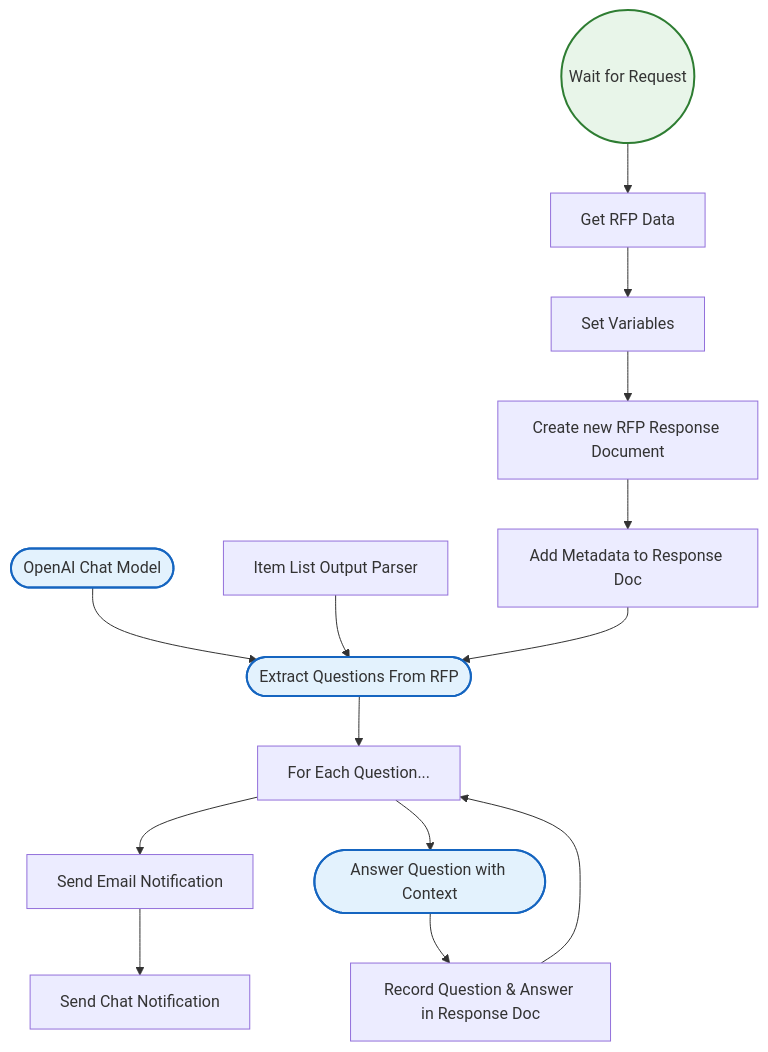
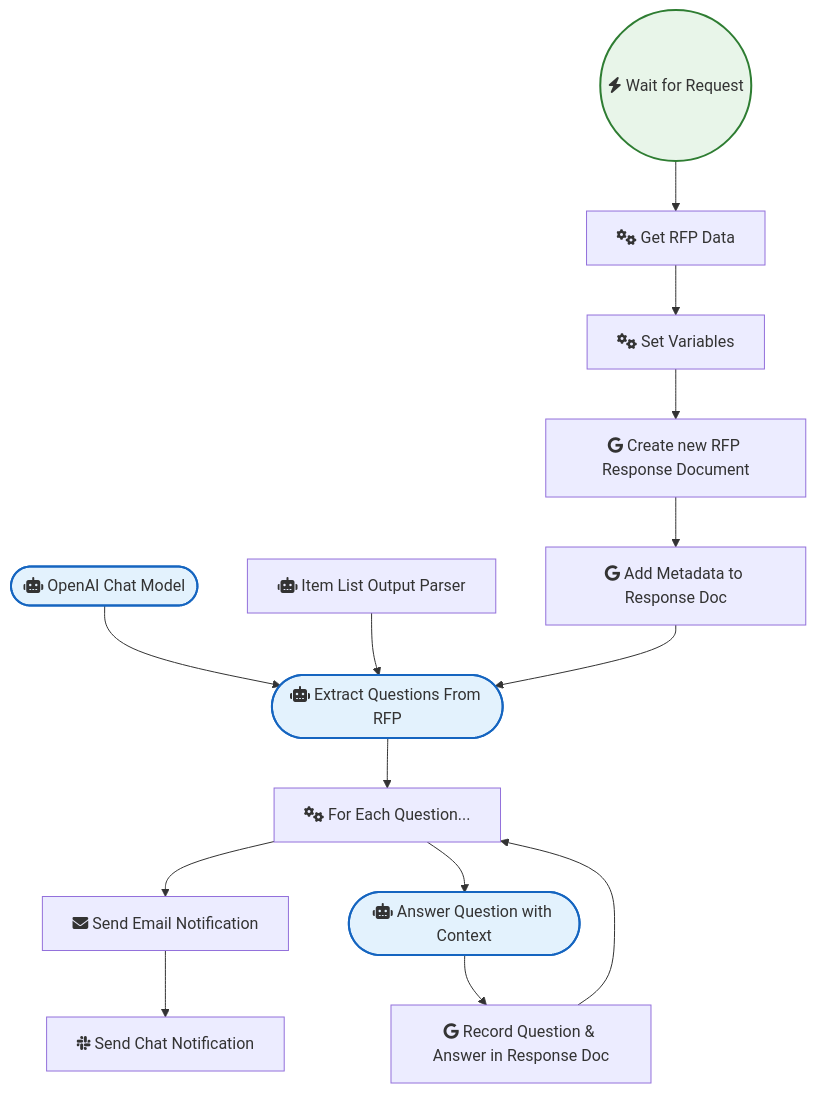
Before and after one commit to sreyash3105/N8N-DEMO-AUTOMATIONS: the diagram in OpenAI_and_LLMs/Automate Your RFP Process with OpenAI Assistants.md, drawn with Mermaid. The commit also changed 291 other files, not shown here.

````diff
--- a/OpenAI_and_LLMs/Automate Your RFP Process with OpenAI Assistants.md
+++ b/OpenAI_and_LLMs/Automate Your RFP Process with OpenAI Assistants.md
@@ -1,34 +1,34 @@
 ```mermaid
 graph TD
     classDef trigger fill:#e8f5e9,stroke:#2e7d32,stroke-width:2px;
     classDef ai fill:#e3f2fd,stroke:#1565c0,stroke-width:2px;
     classDef logic fill:#fff3e0,stroke:#ef6c00,stroke-width:2px;
 
-    Get_RFP_Data["Get RFP Data"]
-    Item_List_Output_Parser["Item List Output Parser"]
-    For_Each_Question___["For Each Question..."]
-    Set_Variables["Set Variables"]
-    Create_new_RFP_Response_Document["Create new RFP Response Document"]
-    OpenAI_Chat_Model(["OpenAI Chat Model"]):::ai
-    Send_Chat_Notification["Send Chat Notification"]
-    Send_Email_Notification["Send Email Notification"]
-    Add_Metadata_to_Response_Doc["Add Metadata to Response Doc"]
-    Record_Question___Answer_in_Response_Doc["Record Question & Answer in Response Doc"]
-    Answer_Question_with_Context(["Answer Question with Context"]):::ai
-    Wait_for_Request(("Wait for Request")):::trigger
-    Extract_Questions_From_RFP(["Extract Questions From RFP"]):::ai
+    Get_RFP_Data["fas:fa-cogs Get RFP Data"]
+    Item_List_Output_Parser["fas:fa-robot Item List Output Parser"]
+    For_Each_Question___["fas:fa-cogs For Each Question..."]
+    Set_Variables["fas:fa-cogs Set Variables"]
+    Create_new_RFP_Response_Document["fab:fa-google Create new RFP Response Document"]
+    OpenAI_Chat_Model(["fas:fa-robot OpenAI Chat Model"]):::ai
+    Send_Chat_Notification["fab:fa-slack Send Chat Notification"]
+    Send_Email_Notification["fas:fa-envelope Send Email Notification"]
+    Add_Metadata_to_Response_Doc["fab:fa-google Add Metadata to Response Doc"]
+    Record_Question___Answer_in_Response_Doc["fab:fa-google Record Question & Answer in Response Doc"]
+    Answer_Question_with_Context(["fas:fa-robot Answer Question with Context"]):::ai
+    Wait_for_Request(("fas:fa-bolt Wait for Request")):::trigger
+    Extract_Questions_From_RFP(["fas:fa-robot Extract Questions From RFP"]):::ai
 
     Get_RFP_Data --> Set_Variables
     Set_Variables --> Create_new_RFP_Response_Document
     Wait_for_Request --> Get_RFP_Data
     OpenAI_Chat_Model --> Extract_Questions_From_RFP
     For_Each_Question___ --> Send_Email_Notification
     For_Each_Question___ --> Answer_Question_with_Context
     Item_List_Output_Parser --> Extract_Questions_From_RFP
     Send_Email_Notification --> Send_Chat_Notification
     Extract_Questions_From_RFP --> For_Each_Question___
     Add_Metadata_to_Response_Doc --> Extract_Questions_From_RFP
     Answer_Question_with_Context --> Record_Question___Answer_in_Response_Doc
     Create_new_RFP_Response_Document --> Add_Metadata_to_Response_Doc
     Record_Question___Answer_in_Response_Doc --> For_Each_Question___
 ```
````
